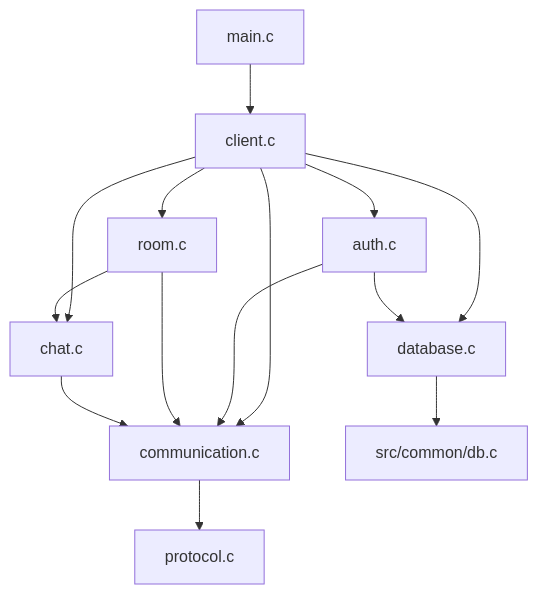
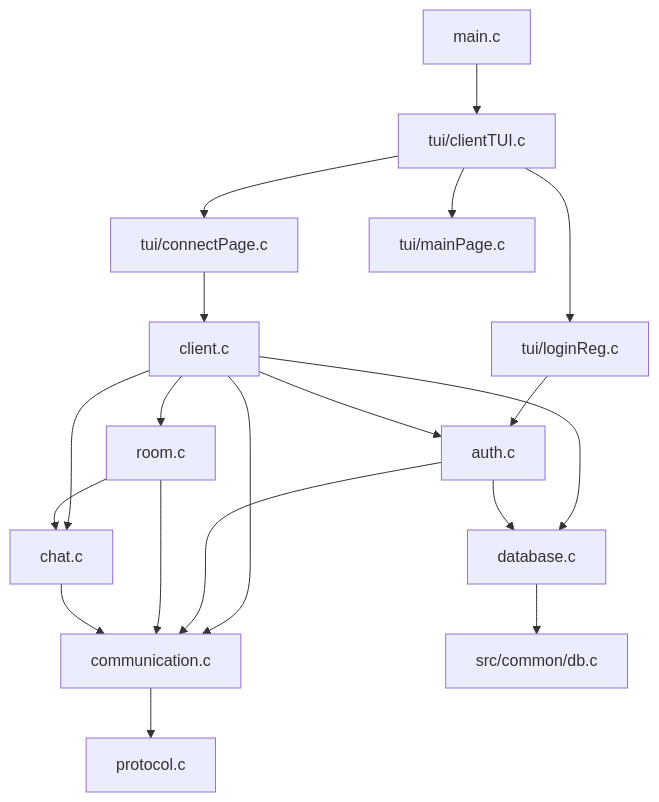
Before and after one commit to WinstonMeursault/PacPlay: diagram 18 of 26 in docs/API.md, drawn with Mermaid. The commit also changed other lines of this file and 29 other files, not shown here.

````diff
--- a/docs/API.md
+++ b/docs/API.md
@@ -1567,16 +2034,21 @@
 ```mermaid
 graph TD
-    main.c --> client.c
+    main.c --> tui/clientTUI.c
+    tui/clientTUI.c --> tui/connectPage.c
+    tui/clientTUI.c --> tui/loginReg.c
+    tui/clientTUI.c --> tui/mainPage.c
+    tui/connectPage.c --> client.c
+    tui/loginReg.c --> auth.c
     client.c --> communication.c
     client.c --> auth.c
     client.c --> room.c
     client.c --> chat.c
     client.c --> database.c
     auth.c --> communication.c
     auth.c --> database.c
     room.c --> communication.c
     room.c --> chat.c
     chat.c --> communication.c
     communication.c --> protocol.c
     database.c --> common_db[src/common/db.c]
 ```
````
